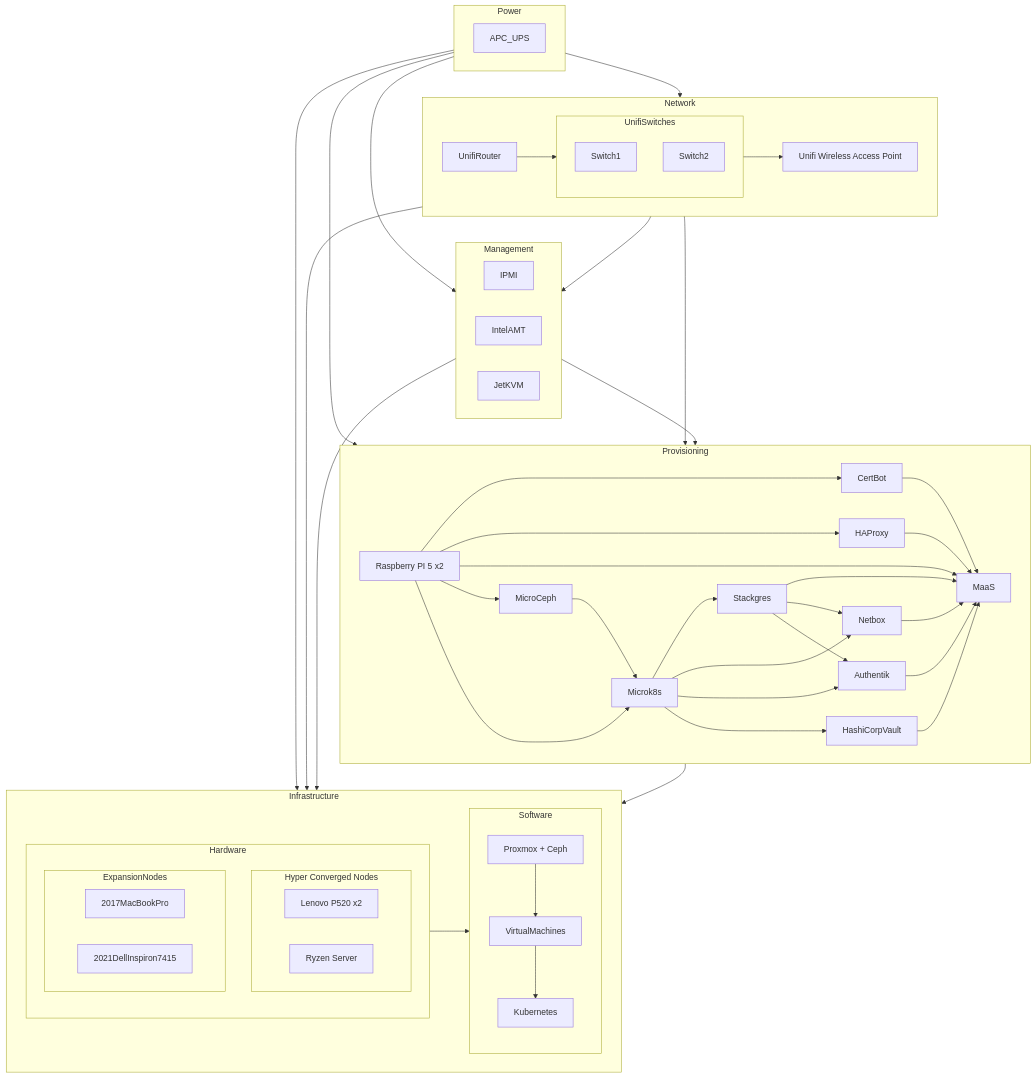
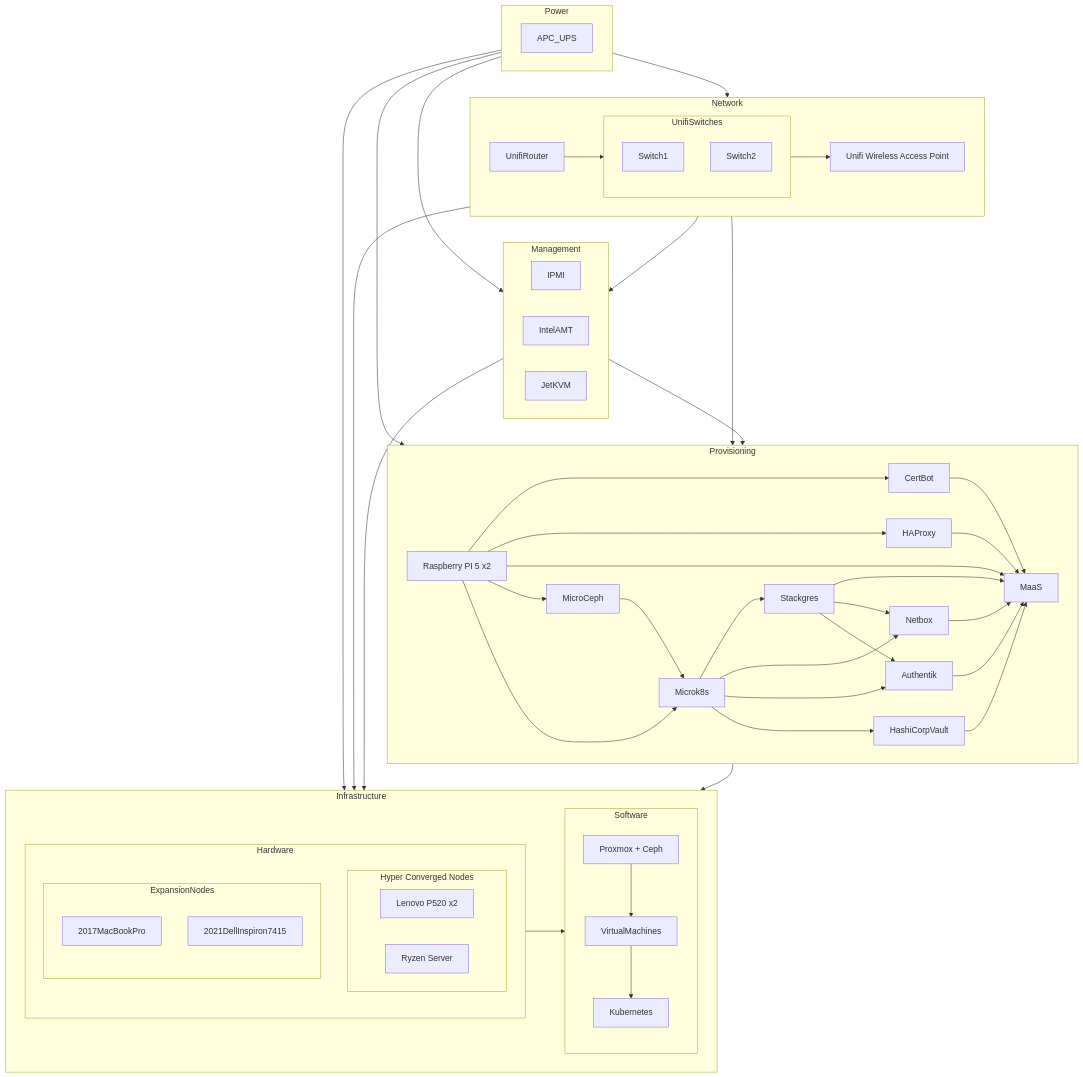
Before and after one commit to vyas-n/homelab: the diagram in README.md, drawn with Mermaid. The commit also changed other lines of this file and 16 other files, not shown here.

````diff
--- a/README.md
+++ b/README.md
@@ -11,57 +15,53 @@
 ```mermaid
 flowchart TD
     subgraph Power
         APC_UPS
     end
 
     subgraph Network
-        UnifiRouter --> UnifiSwitches --> UnifiAP
         subgraph UnifiSwitches
             Switch1
             Switch2
         end
-        UnifiAP["Unifi Wireless Access Point"]
+        UnifiRouter --> UnifiSwitches --> UnifiAP["Unifi Wireless Access Point"]
     end
 
     subgraph Management
         IPMI
         IntelAMT
         JetKVM
     end
 
     subgraph Provisioning
         RaspberryPI5["Raspberry PI 5 x2"] --> CertBot & HAProxy & MaaS & MicroCeph & Microk8s
         MicroCeph --> Microk8s --> Stackgres & Netbox & Authentik & HashiCorpVault --> MaaS
         Stackgres --> Netbox & Authentik
         HAProxy & CertBot --> MaaS
     end
 
     subgraph Infrastructure
+
+        subgraph Software
+            Proxmox["Proxmox + Ceph"] --> VirtualMachines --> Kubernetes
+        end
+
         subgraph Hardware
             subgraph HCI["Hyper Converged Nodes"]
                 LenovoP520["Lenovo P520 x2"]
                 Ryzen4Server["Ryzen Server"]
             end
 
             subgraph ExpansionNodes
                 2017MacBookPro
                 2021DellInspiron7415
             end
         end
 
-        subgraph Software
-            Proxmox["Proxmox + Ceph"]
-            Kubernetes
-            VirtualMachines
-
-            Proxmox --> VirtualMachines --> Kubernetes
-        end
-
         Hardware --> Software
     end
 
     Power --> Network
     Power & Network --> Management
     Power & Network & Management --> Provisioning
     Power & Network & Management & Provisioning --> Infrastructure
 ```
````
